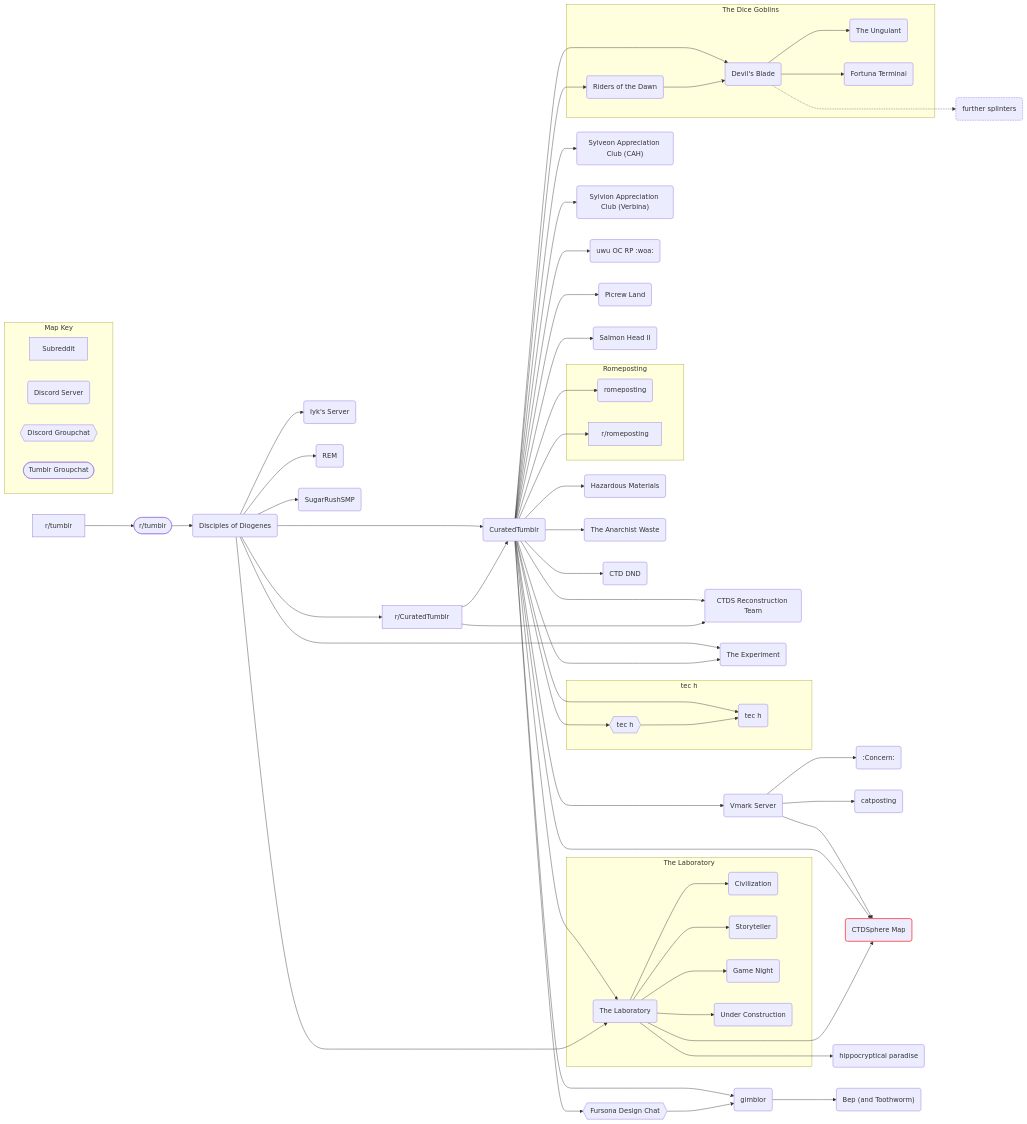
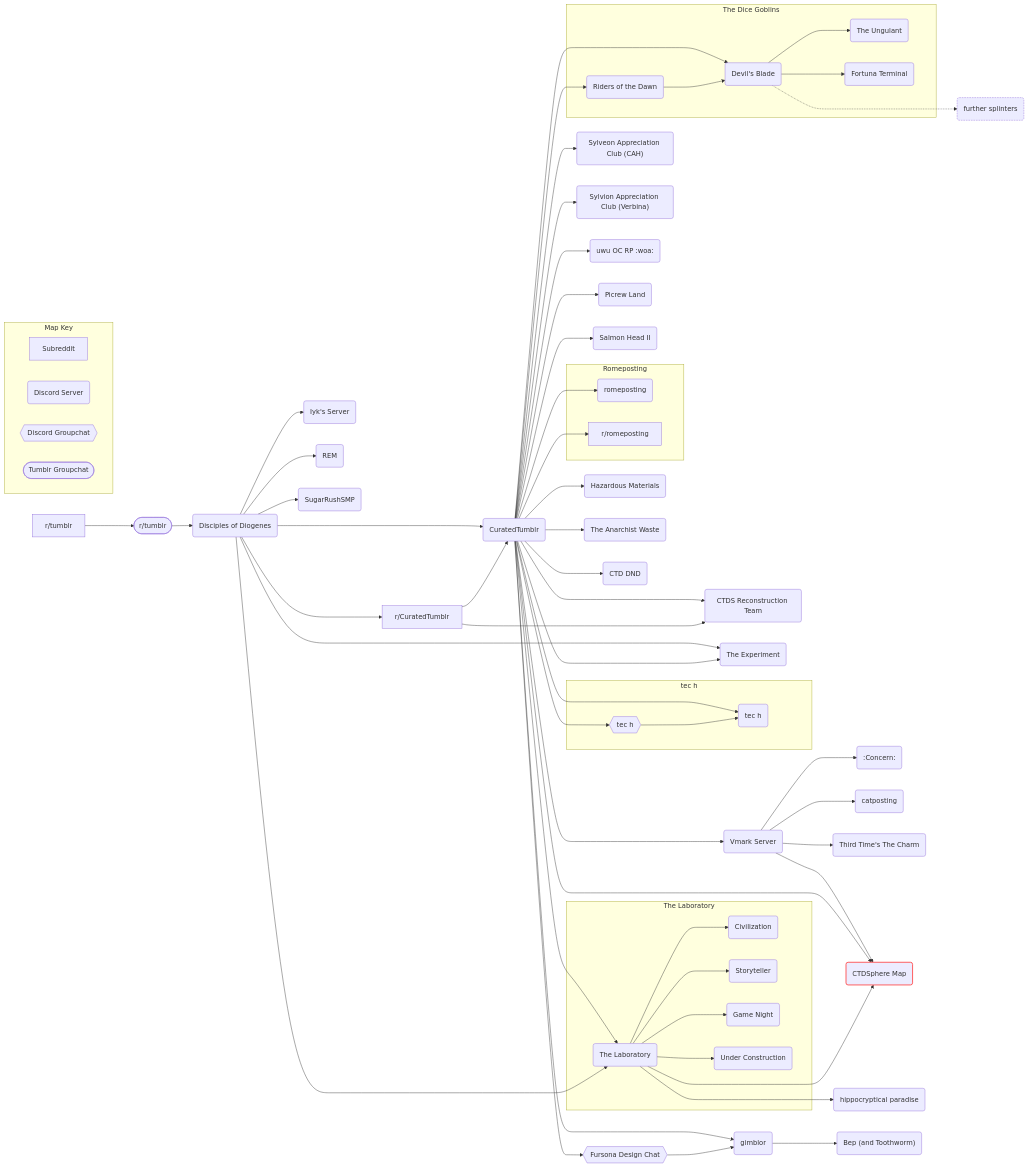
The diagram in Map.md (AnGenericAccount/CTDSphere-Map), drawn with Mermaid before and after one commit.

````diff
--- a/Map.md
+++ b/Map.md
@@ -1,70 +1,71 @@
 ```mermaid
 flowchart LR
     tumblr[r/tumblr]-->groupchat([r/tumblr])
     groupchat-->DoD(Disciples of Diogenes)
     DoD--->subreddit[r/CuratedTumblr]
     DoD-->CTDS(CuratedTumblr)
     subreddit-->CTDS
     DoD-->Iyk(Iyk's Server)
     DoD-->REM(REM)
     DoD-->Sugar(SugarRushSMP)
     CTDS--->reconstruction(CTDS Reconstruction Team)
     subreddit-->reconstruction
     CTDS-->lab(The Laboratory)
     DoD-->lab
     subgraph Laboratory [The Laboratory]
         lab-->Civilization(Civilization)
         lab-->Storyteller(Storyteller)
         lab-->Game(Game Night)
         lab-->Construction(Under Construction)
     end
     DoD-->Experiment(The Experiment)
     CTDS--->Experiment
     CTDS-->CAH("Sylveon Appreciation Club (CAH)")
     CTDS-->Verbina("Sylvion Appreciation Club (Verbina)")
     CTDS-->tech(tec h)
     CTDS-->techchat{{tec h}}
     subgraph tec[tec h]
         techchat-->tech
     end
     CTDS-->RP(uwu OC RP :woa:)
     CTDS-->picrew(Picrew Land)
     CTDS-->salmon(Salmon Head II)
     CTDS-->Vmark(Vmark Server)
     Vmark-->concern(:Concern:)
     Vmark-->catposting(catposting)
+    Vmark-->fate(Third Time's The Charm)
     Vmark-->sphere("CTDSphere Map")
     style sphere stroke:#f44,stroke-width:2px
     CTDS-->sphere
     lab--->sphere
     lab--->hippo(hippocryptical paradise)
     CTDS-->gimblor(gimblor)
     CTDS-->fursona{{Fursona Design Chat}}
     fursona-->gimblor
     gimblor-->bep("Bep (and Toothworm)")
     subgraph Romeposting
         rome(romeposting)
         romesub[r/romeposting]
     end
     CTDS-->rome
     CTDS-->romesub
     CTDS-->hazard(Hazardous Materials)
     CTDS-->anarchist(The Anarchist Waste)
     CTDS-->DND(CTD DND)
     CTDS-->dawn(Riders of the Dawn)
     CTDS-->blade(Devil's Blade)
     subgraph riders[The Dice Goblins]
         dawn-->blade
         blade-->ungulant(The Ungulant)
         blade-->terminal(Fortuna Terminal)   
     end
     blade-..->further(further splinters)
     style further stroke-dasharray:4 2
     subgraph Key [Map Key]
         direction LR
         sub[Subreddit]
         discord(Discord Server)
         chat{{Discord Groupchat}}
         group([Tumblr Groupchat])
     end
 ```
````
